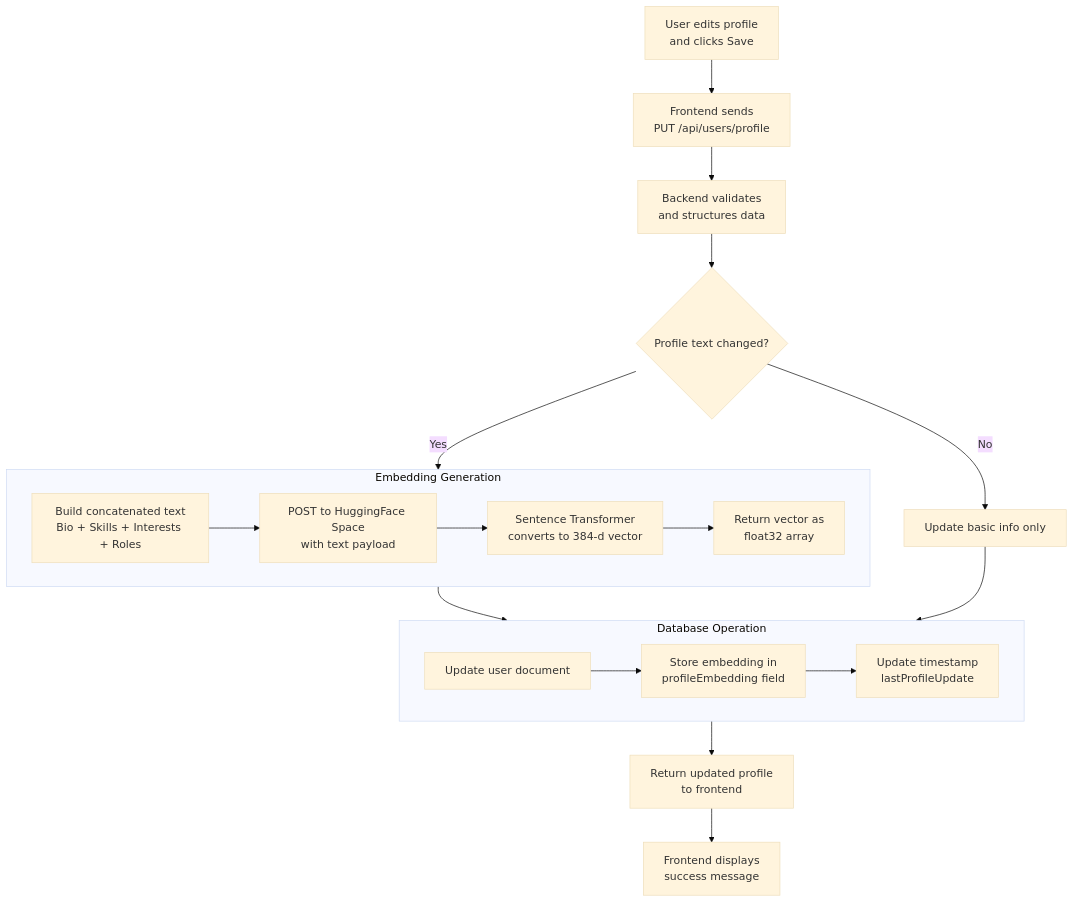
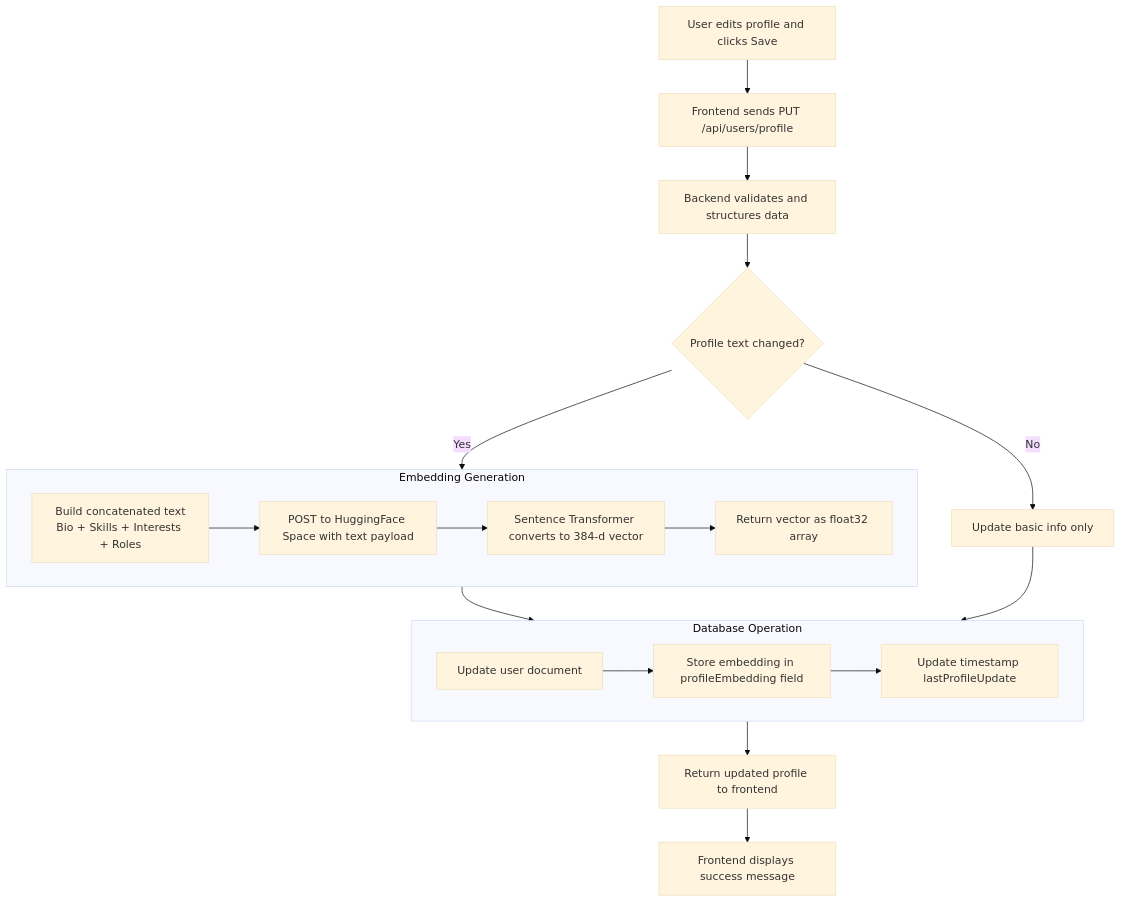
Before and after one commit to satvik-sharma-05/SE: the second of 8 diagrams in README.md, drawn with Mermaid (base theme). The commit also changed other lines of this file, not shown here.

````diff
--- a/README.md
+++ b/README.md
@@ -106,27 +112,27 @@
 ```mermaid
 flowchart TD
-    A[User edits profile<br/>and clicks Save] --> B[Frontend sends<br/>PUT /api/users/profile]
-    B --> C[Backend validates<br/>and structures data]
+    A[User edits profile and clicks Save] --> B[Frontend sends PUT /api/users/profile]
+    B --> C[Backend validates and structures data]
     C --> D{Profile text changed?}
     D -->|Yes| E[Call Embedding Service]
     D -->|No| F[Update basic info only]
     
     subgraph E[Embedding Generation]
         E1[Build concatenated text<br/>Bio + Skills + Interests + Roles] --> E2
-        E2[POST to HuggingFace Space<br/>with text payload] --> E3
-        E3[Sentence Transformer<br/>converts to 384-d vector] --> E4
-        E4[Return vector as<br/>float32 array]
+        E2[POST to HuggingFace Space with text payload] --> E3
+        E3[Sentence Transformer converts to 384-d vector] --> E4
+        E4[Return vector as float32 array]
     end
     
     E --> G[MongoDB Update]
     F --> G
     
     subgraph G[Database Operation]
         G1[Update user document] --> G2
-        G2[Store embedding in<br/>profileEmbedding field] --> G3
-        G3[Update timestamp<br/>lastProfileUpdate]
+        G2[Store embedding in profileEmbedding field] --> G3
+        G3[Update timestamp lastProfileUpdate]
     end
     
-    G --> H[Return updated profile<br/>to frontend]
-    H --> I[Frontend displays<br/>success message]
+    G --> H[Return updated profile to frontend]
+    H --> I[Frontend displays success message]
 ```
````
